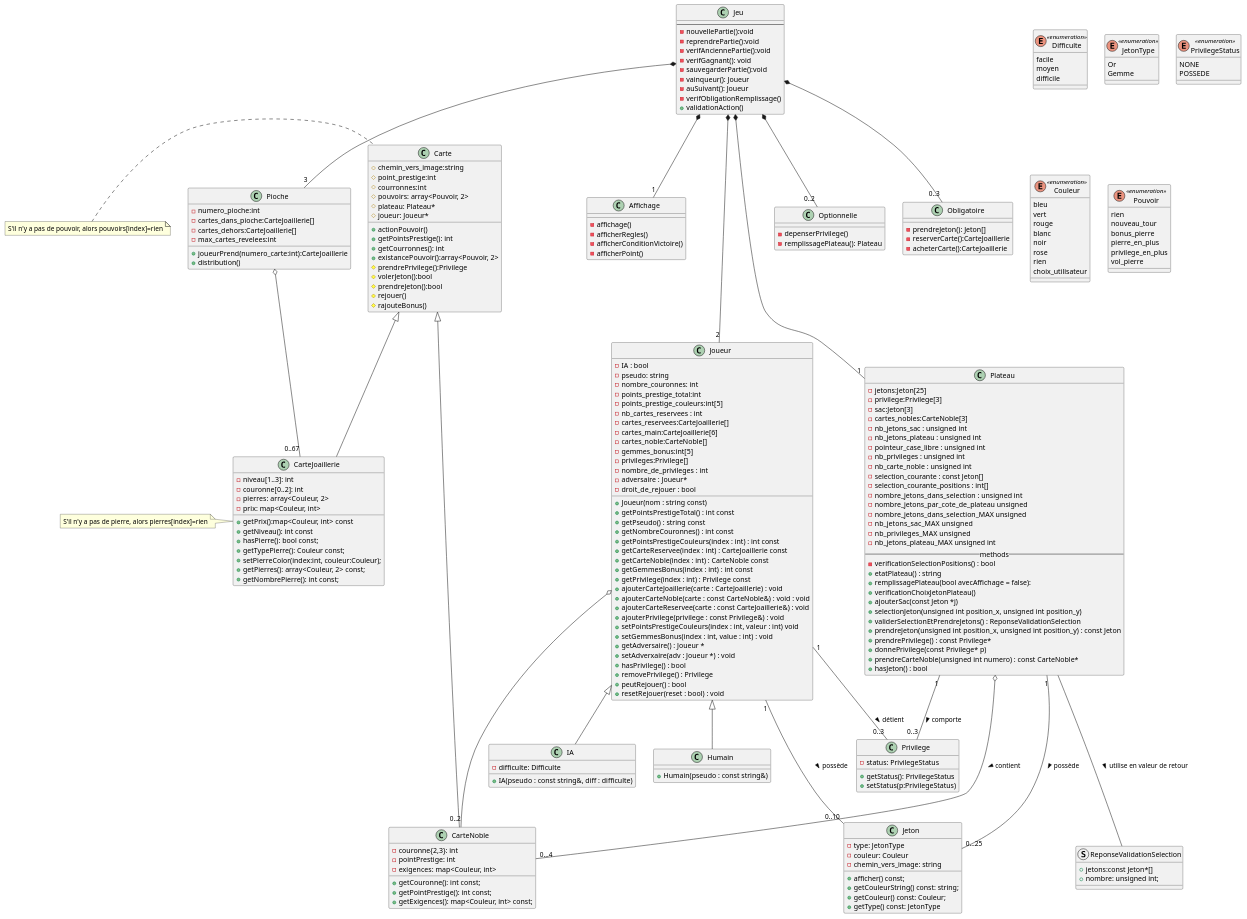
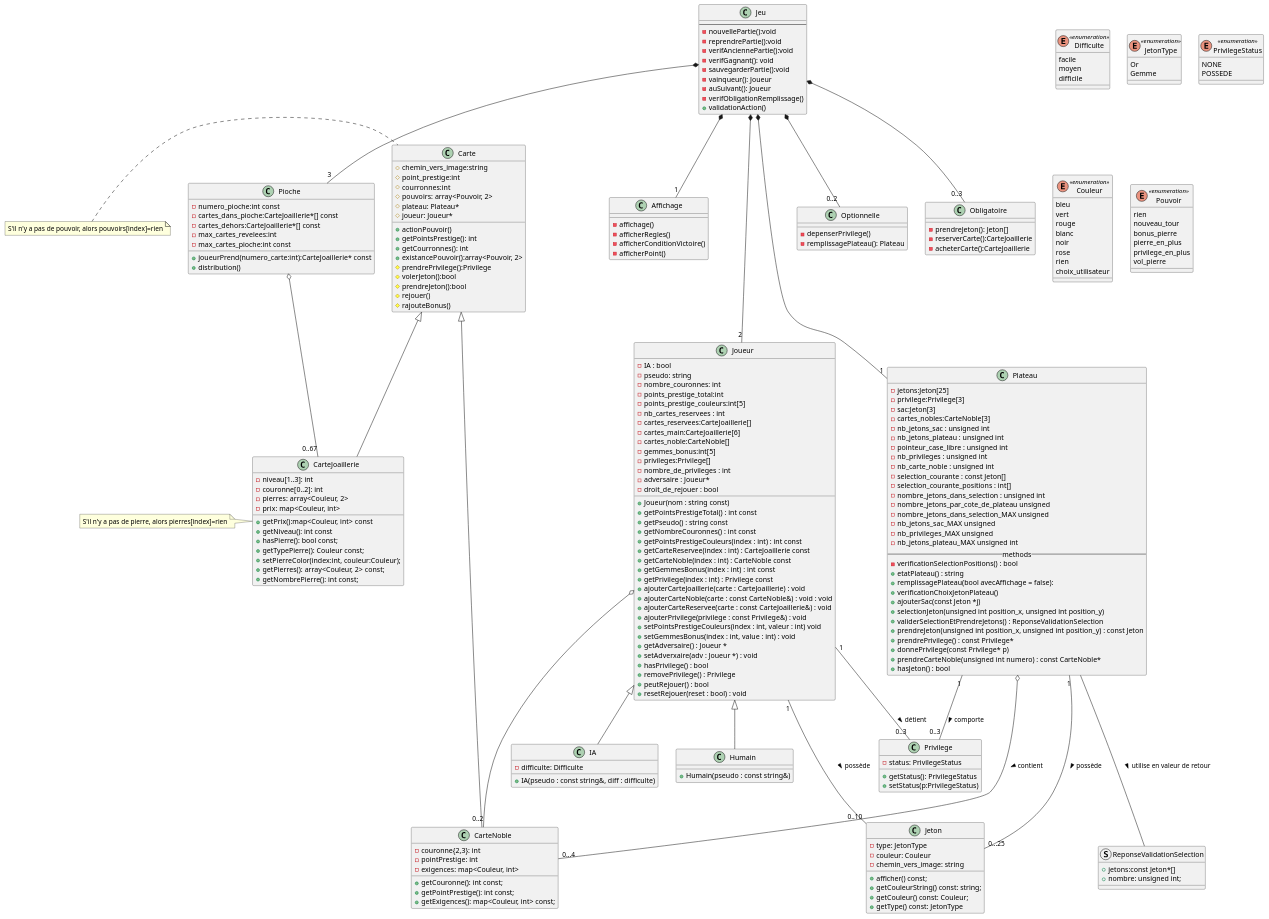
The diagram in SplendorUML.puml (LaylaLunae/Splendor-duel), drawn with PlantUML before and after one commit.

```diff
--- a/SplendorUML.puml
+++ b/SplendorUML.puml
@@ -131,6 +131,7 @@
 NONE
 POSSEDE
 }
+
 class Privilege {
 -status: PrivilegeStatus
 +getStatus(): PrivilegeStatus
@@ -150,11 +151,12 @@
 }
 
 class Pioche{
-- numero_pioche:int
-- cartes_dans_pioche:CarteJoaillerie[]
-- cartes_dehors:CarteJoaillerie[]
+- numero_pioche:int const
+- cartes_dans_pioche:CarteJoaillerie*[] const
+- cartes_dehors:CarteJoaillerie*[] const
 - max_cartes_revelees:int
-+ joueurPrend(numero_carte:int):CarteJoaillerie
+- max_cartes_pioche:int const
++ joueurPrend(numero_carte:int):CarteJoaillerie* const
 + distribution()
 }
 
```
